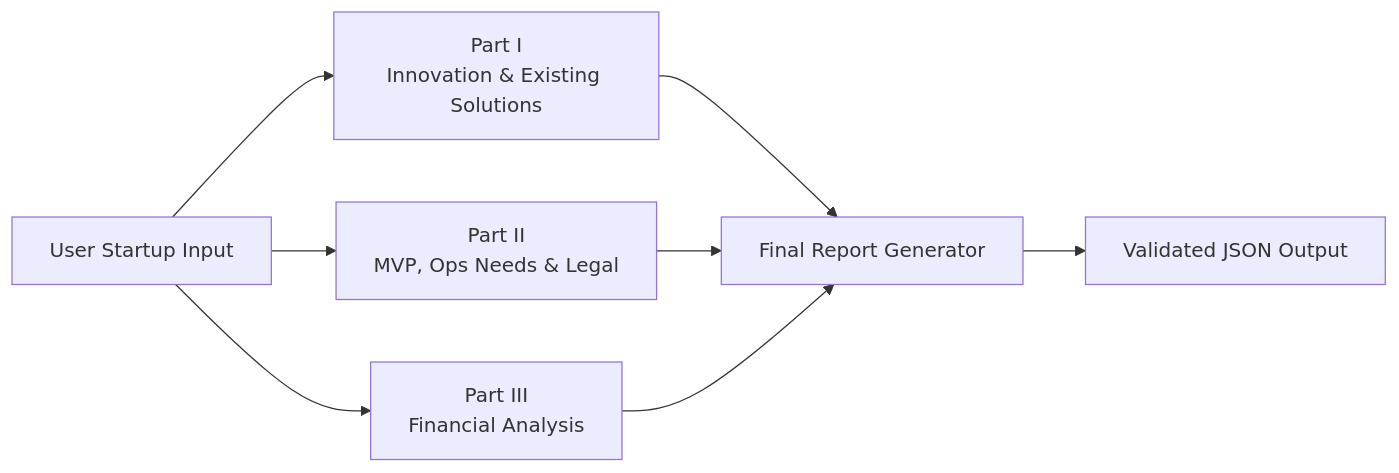
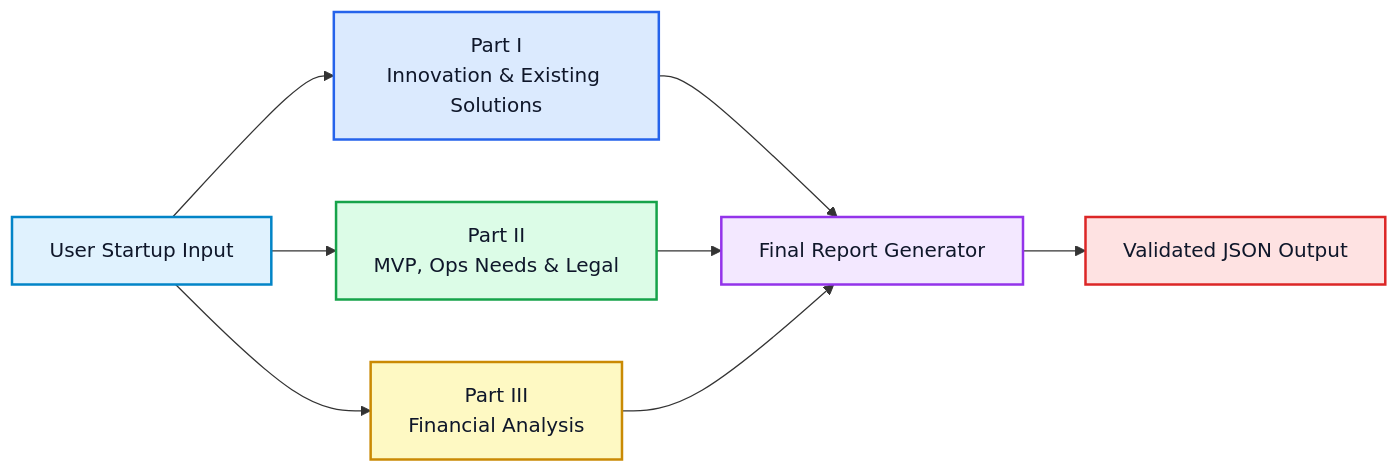
The first of 4 diagrams in README.md (chirchiyoussef/academic-a2a-mcp-startup-evaluation-pipeline), drawn with Mermaid before and after one commit. The commit also changed other lines of this file, not shown here.

````diff
--- a/README.md
+++ b/README.md
@@ -28,12 +75,26 @@
 ```mermaid
 flowchart LR
     A[User Startup Input] --> P1[Part I<br/>Innovation & Existing Solutions]
     A --> P2[Part II<br/>MVP, Ops Needs & Legal]
     A --> P3[Part III<br/>Financial Analysis]
 
     P1 --> F[Final Report Generator]
     P2 --> F
     P3 --> F
 
     F --> J[Validated JSON Output]
+
+    classDef input fill:#e0f2fe,stroke:#0284c7,stroke-width:2px,color:#0f172a;
+    classDef part1 fill:#dbeafe,stroke:#2563eb,stroke-width:2px,color:#0f172a;
+    classDef part2 fill:#dcfce7,stroke:#16a34a,stroke-width:2px,color:#0f172a;
+    classDef part3 fill:#fef9c3,stroke:#ca8a04,stroke-width:2px,color:#0f172a;
+    classDef final fill:#f3e8ff,stroke:#9333ea,stroke-width:2px,color:#0f172a;
+    classDef output fill:#fee2e2,stroke:#dc2626,stroke-width:2px,color:#0f172a;
+
+    class A input;
+    class P1 part1;
+    class P2 part2;
+    class P3 part3;
+    class F final;
+    class J output;
 ```
````
